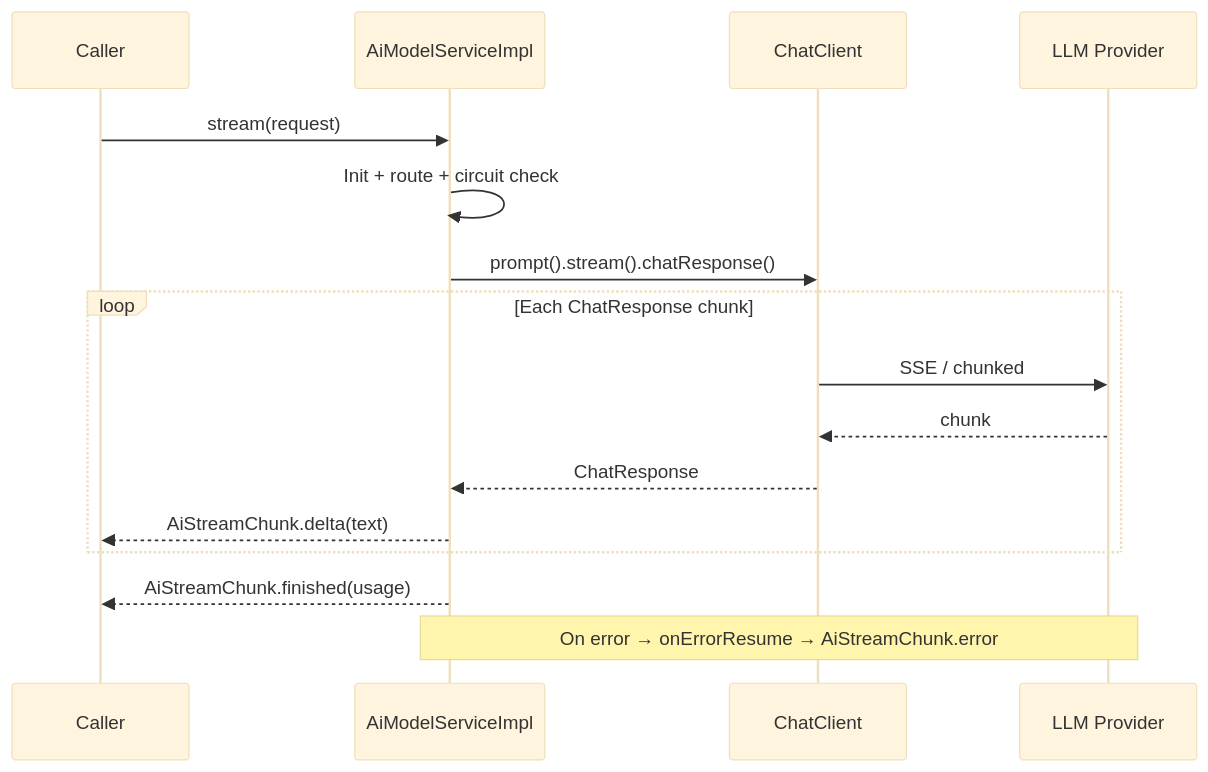
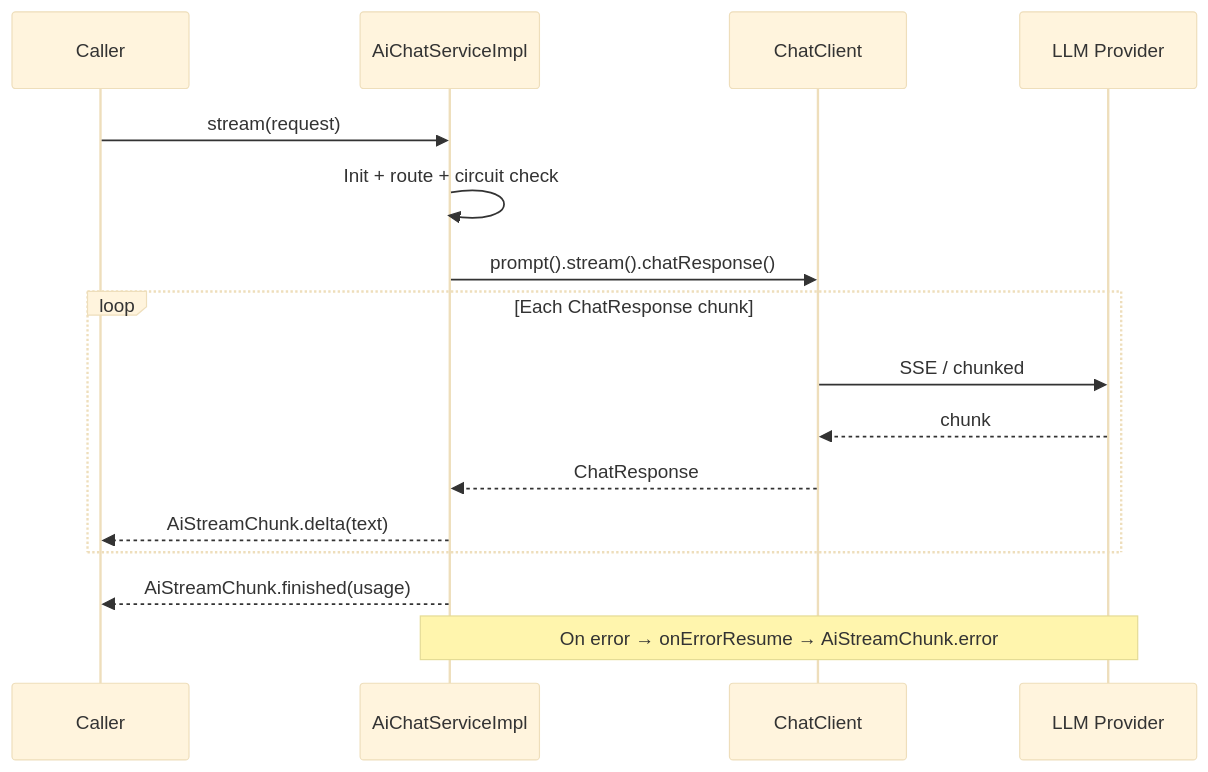
One commit to richie696/atlas-richie-platform changed the seventh of 27 diagrams in atlas-richie-component/atlas-richie-component-ai/README.md. Above: the diagram before and after it, drawn with Mermaid (base theme). The commit also changed other lines of this file and 241 other files, not shown here.

````diff
--- a/atlas-richie-component/atlas-richie-component-ai/README.md
+++ b/atlas-richie-component/atlas-richie-component-ai/README.md
@@ -698,18 +953,18 @@
 ```mermaid
 sequenceDiagram
     participant U as Caller
-    participant S as AiModelServiceImpl
+    participant S as AiChatServiceImpl
     participant CC as ChatClient
     participant L as LLM Provider
     U->>S: stream(request)
     S->>S: Init + route + circuit check
     S->>CC: prompt().stream().chatResponse()
     loop Each ChatResponse chunk
         CC->>L: SSE / chunked
         L-->>CC: chunk
         CC-->>S: ChatResponse
         S-->>U: AiStreamChunk.delta(text)
     end
     S-->>U: AiStreamChunk.finished(usage)
     Note over S,L: On error → onErrorResume → AiStreamChunk.error
 ```
````
